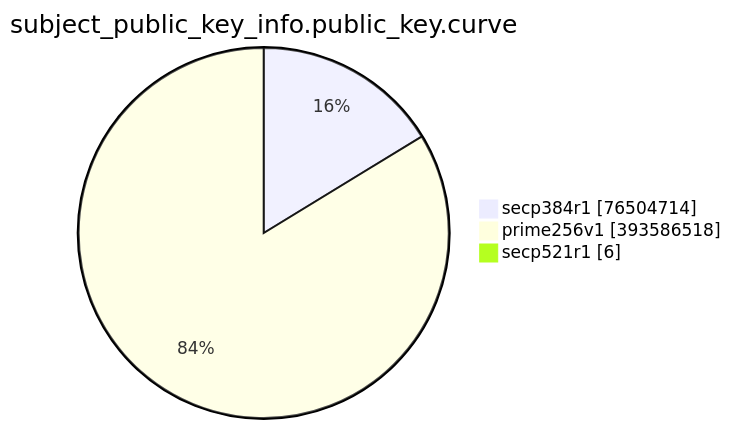
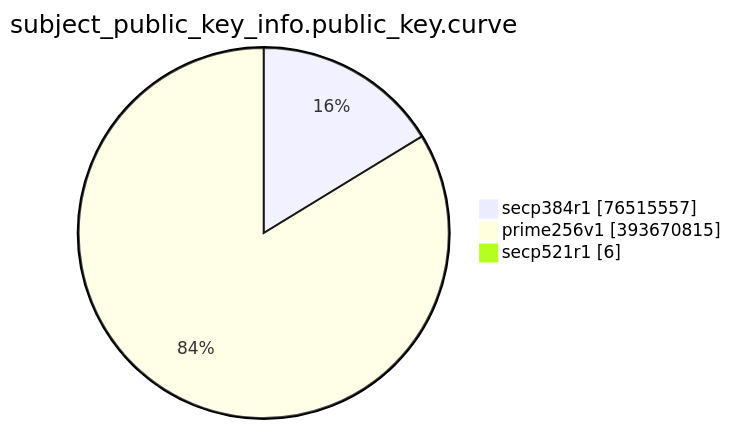
The eighth of 15 diagrams in TOTAL/README.md (christiankrug/ctmonitor_visualization), drawn with Mermaid before and after one commit. The commit also changed other lines of this file, not shown here.

````diff
--- a/TOTAL/README.md
+++ b/TOTAL/README.md
@@ -3094,7 +3094,7 @@
 ```mermaid
 pie showData
 title subject_public_key_info.public_key.curve
-"secp384r1" :76504714
-"prime256v1" :393586518
+"secp384r1" :76515557
+"prime256v1" :393670815
 "secp521r1" :6
 ```
````
